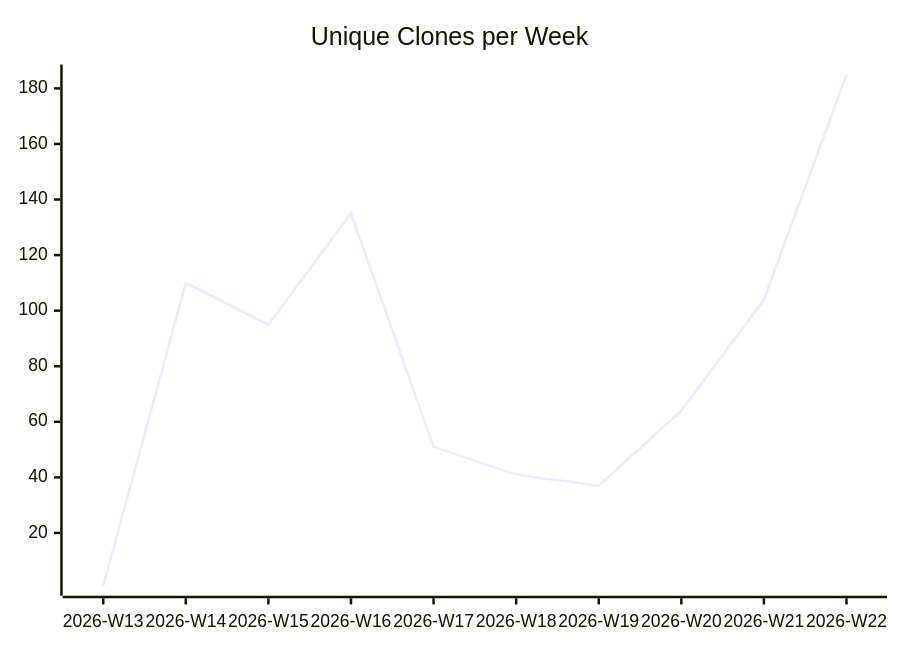
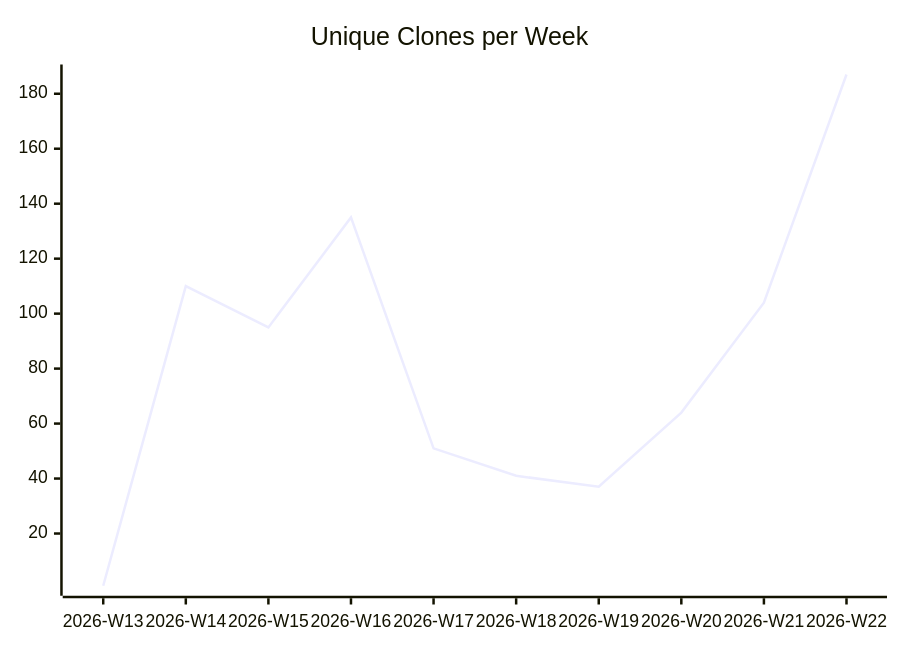
Before and after one commit to justdavis-family/github-analytics-data: the third of 3 diagrams in justdavis-family/justdavis/README.md, drawn with Mermaid. The commit also changed other lines of this file and 189 other files, not shown here.

````diff
--- a/justdavis-family/justdavis/README.md
+++ b/justdavis-family/justdavis/README.md
@@ -19,6 +19,6 @@
 ```mermaid
 xychart-beta
   title "Unique Clones per Week"
   x-axis ["2026-W13", "2026-W14", "2026-W15", "2026-W16", "2026-W17", "2026-W18", "2026-W19", "2026-W20", "2026-W21", "2026-W22"]
-  line [1, 110, 95, 135, 51, 41, 37, 64, 104, 185]
+  line [1, 110, 95, 135, 51, 41, 37, 64, 104, 187]
 ```
````
